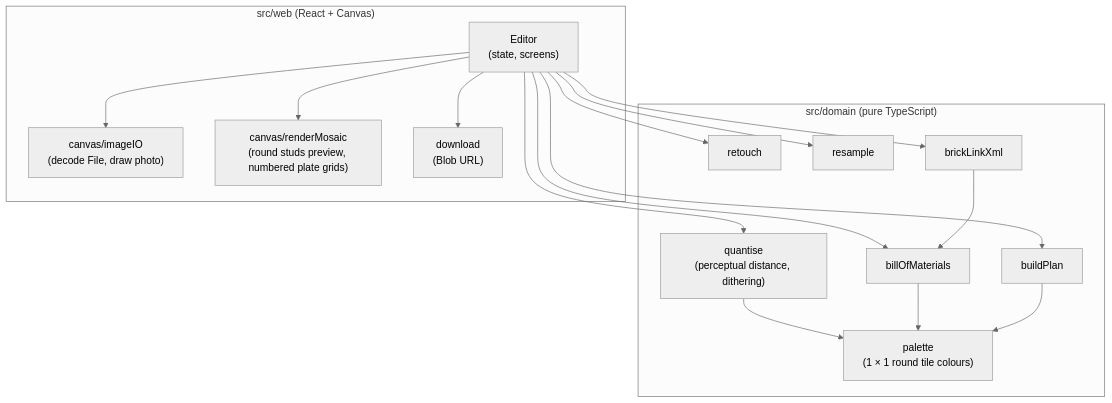
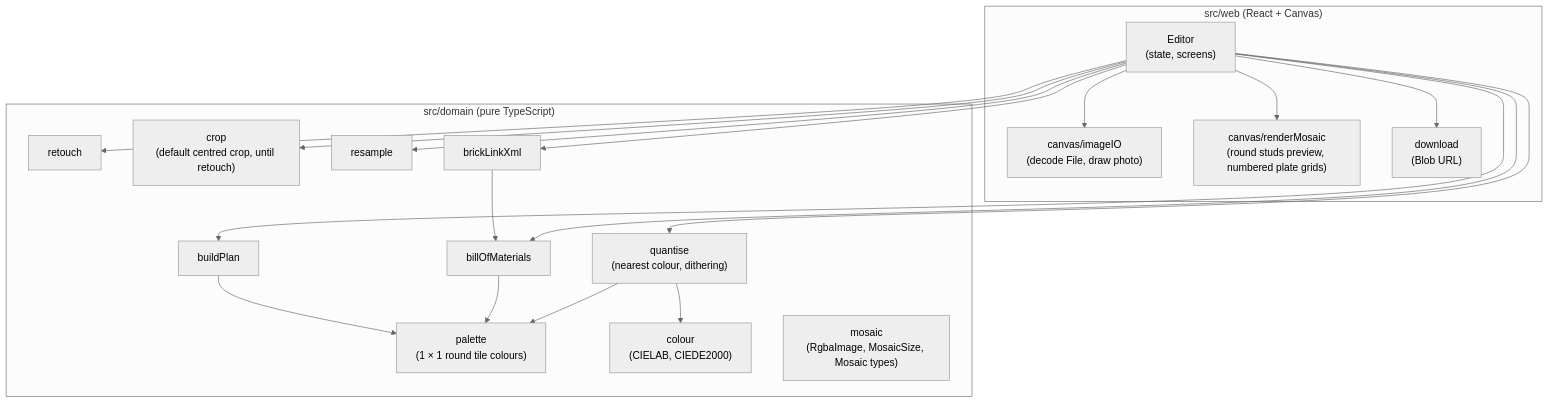
Before and after one commit to benoit-bremaud/brickpix: the diagram in docs/architecture/diagrams/mosaic/03-component.md, drawn with Mermaid (neutral theme). The commit also changed other lines of this file and 24 other files, not shown here.

First line of the commit message:
feat(image): import, mosaic size and live preview (#18)

````diff
--- a/docs/architecture/diagrams/mosaic/03-component.md
+++ b/docs/architecture/diagrams/mosaic/03-component.md
@@ -10,33 +10,38 @@
 ```mermaid
 flowchart TB
     subgraph web["src/web (React + Canvas)"]
         Editor["Editor<br/>(state, screens)"]
         ImageIO["canvas/imageIO<br/>(decode File, draw photo)"]
         Render["canvas/renderMosaic<br/>(round studs preview, numbered plate grids)"]
         Download["download<br/>(Blob URL)"]
     end
 
     subgraph domain["src/domain (pure TypeScript)"]
         Retouch["retouch"]
+        Crop["crop<br/>(default centred crop, until retouch)"]
         Resample["resample"]
         Palette["palette<br/>(1 × 1 round tile colours)"]
-        Quantise["quantise<br/>(perceptual distance, dithering)"]
+        Quantise["quantise<br/>(nearest colour, dithering)"]
+        Colour["colour<br/>(CIELAB, CIEDE2000)"]
+        Mosaic["mosaic<br/>(RgbaImage, MosaicSize, Mosaic types)"]
         Plan["buildPlan"]
         Bom["billOfMaterials"]
         BrickLink["brickLinkXml"]
     end
 
     Editor --> ImageIO
     Editor --> Render
     Editor --> Download
     Editor --> Retouch
+    Editor --> Crop
     Editor --> Resample
     Editor --> Quantise
     Editor --> Plan
     Editor --> Bom
     Editor --> BrickLink
     Quantise --> Palette
+    Quantise --> Colour
     Bom --> Palette
     BrickLink --> Bom
     Plan --> Palette
 ```
````
